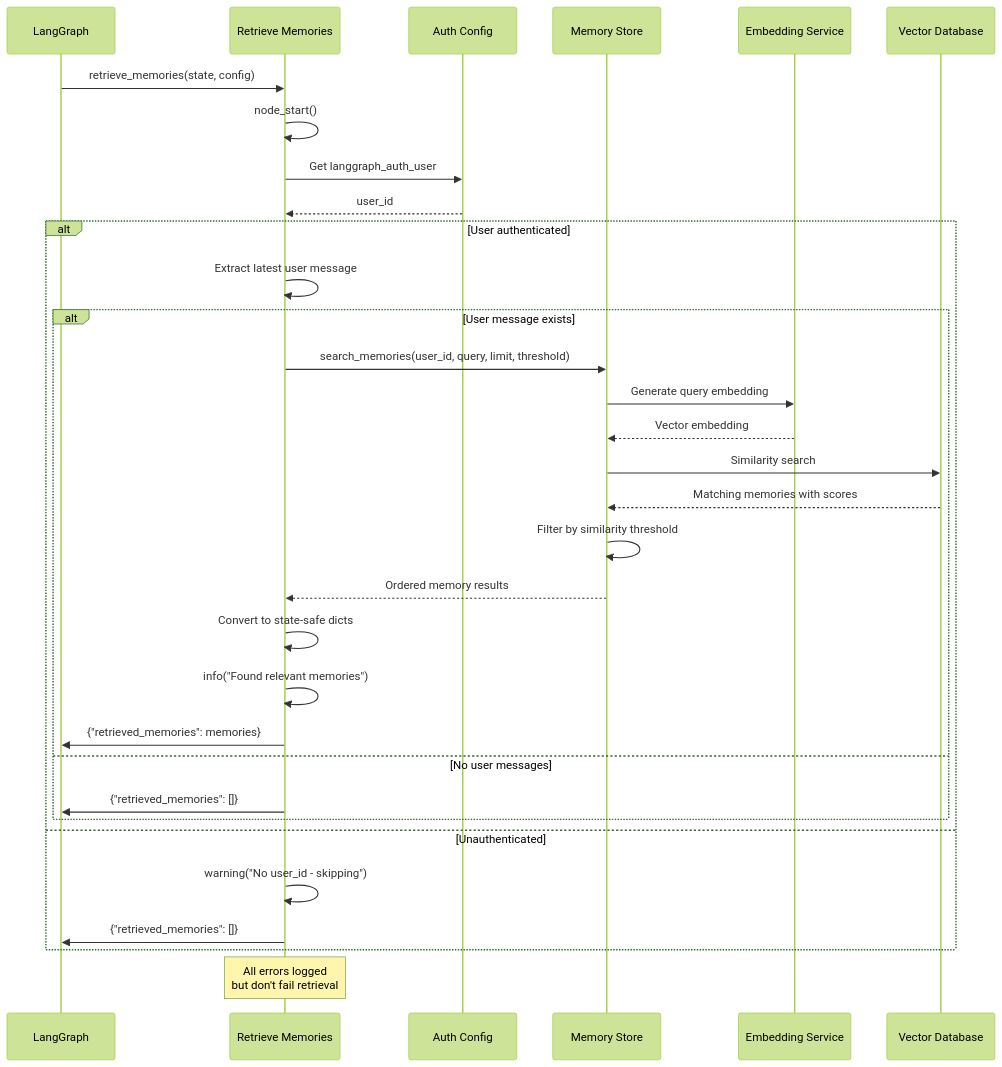
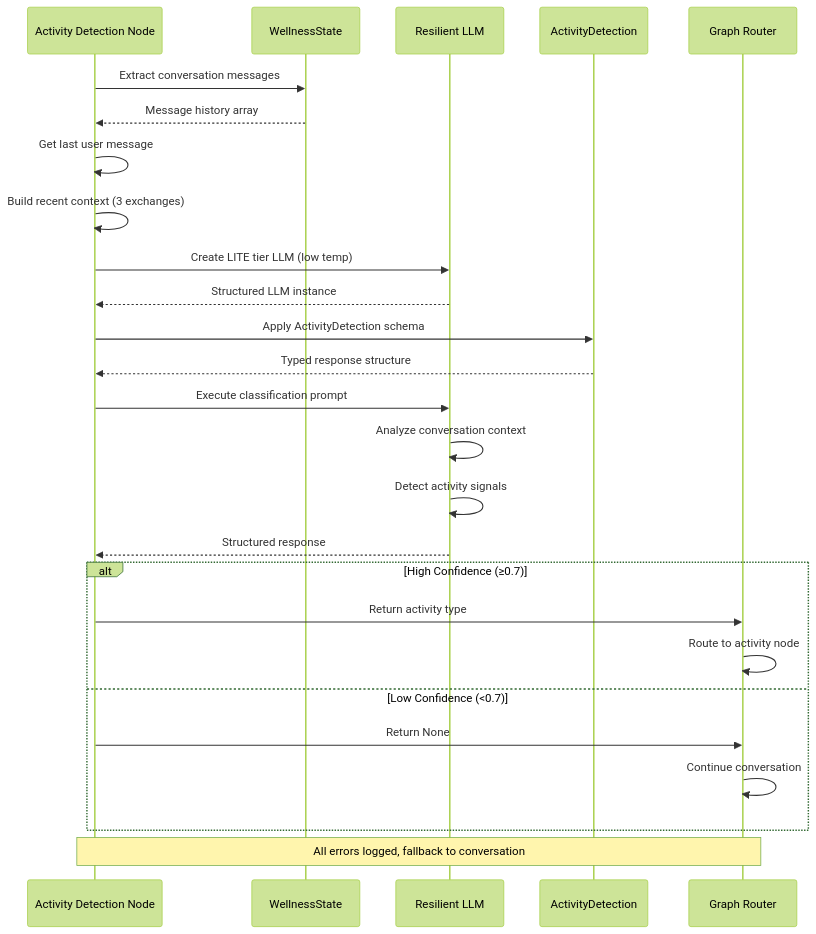
Before and after one commit to tweezerchef/Wbot: the second of 5 diagrams in docs/ai/langgraph.md, drawn with Mermaid (forest theme). The commit also changed other lines of this file and 7 other files, not shown here.

First line of the commit message:
docs: comprehensive update of project roadmap and technical documentation

````diff
--- a/docs/ai/langgraph.md
+++ b/docs/ai/langgraph.md
@@ -135,40 +88,35 @@
 ```mermaid
 sequenceDiagram
-    participant Graph as LangGraph
-    participant Node as Retrieve Memories
-    participant Auth as Auth Config
-    participant Store as Memory Store
-    participant Embeddings as Embedding Service
-    participant Vector as Vector Database
+    participant Node as Activity Detection Node
+    participant State as WellnessState
+    participant LLM as Resilient LLM
+    participant Schema as ActivityDetection
+    participant Router as Graph Router
 
-    Graph->>Node: retrieve_memories(state, config)
-    Node->>Node: node_start()
+    Node->>State: Extract conversation messages
+    State-->>Node: Message history array
 
-    Node->>Auth: Get langgraph_auth_user
-    Auth-->>Node: user_id
+    Node->>Node: Get last user message
+    Node->>Node: Build recent context (3 exchanges)
 
-    alt User authenticated
-        Node->>Node: Extract latest user message
+    Node->>LLM: Create LITE tier LLM (low temp)
+    LLM-->>Node: Structured LLM instance
 
-        alt User message exists
-            Node->>Store: search_memories(user_id, query, limit, threshold)
-            Store->>Embeddings: Generate query embedding
-            Embeddings-->>Store: Vector embedding
-            Store->>Vector: Similarity search
-            Vector-->>Store: Matching memories with scores
-            Store->>Store: Filter by similarity threshold
-            Store-->>Node: Ordered memory results
+    Node->>Schema: Apply ActivityDetection schema
+    Schema-->>Node: Typed response structure
 
-            Node->>Node: Convert to state-safe dicts
-            Node->>Node: info("Found relevant memories")
-            Node->>Graph: {"retrieved_memories": memories}
-        else No user messages
-            Node->>Graph: {"retrieved_memories": []}
-        end
-    else Unauthenticated
-        Node->>Node: warning("No user_id - skipping")
-        Node->>Graph: {"retrieved_memories": []}
+    Node->>LLM: Execute classification prompt
+    LLM->>LLM: Analyze conversation context
+    LLM->>LLM: Detect activity signals
+    LLM-->>Node: Structured response
+
+    alt High Confidence (≥0.7)
+        Node->>Router: Return activity type
+        Router->>Router: Route to activity node
+    else Low Confidence (<0.7)
+        Node->>Router: Return None
+        Router->>Router: Continue conversation
     end
 
-    Note over Node: All errors logged<br/>but don't fail retrieval
+    Note over Node,Router: All errors logged, fallback to conversation
 ```
````
